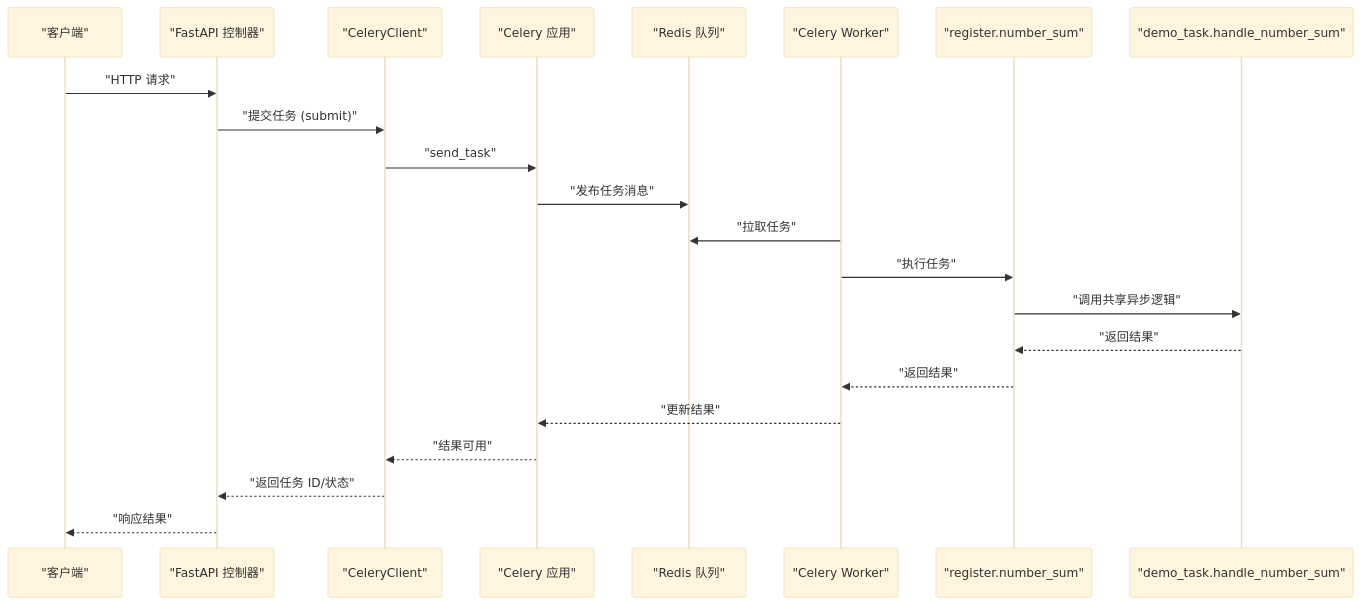
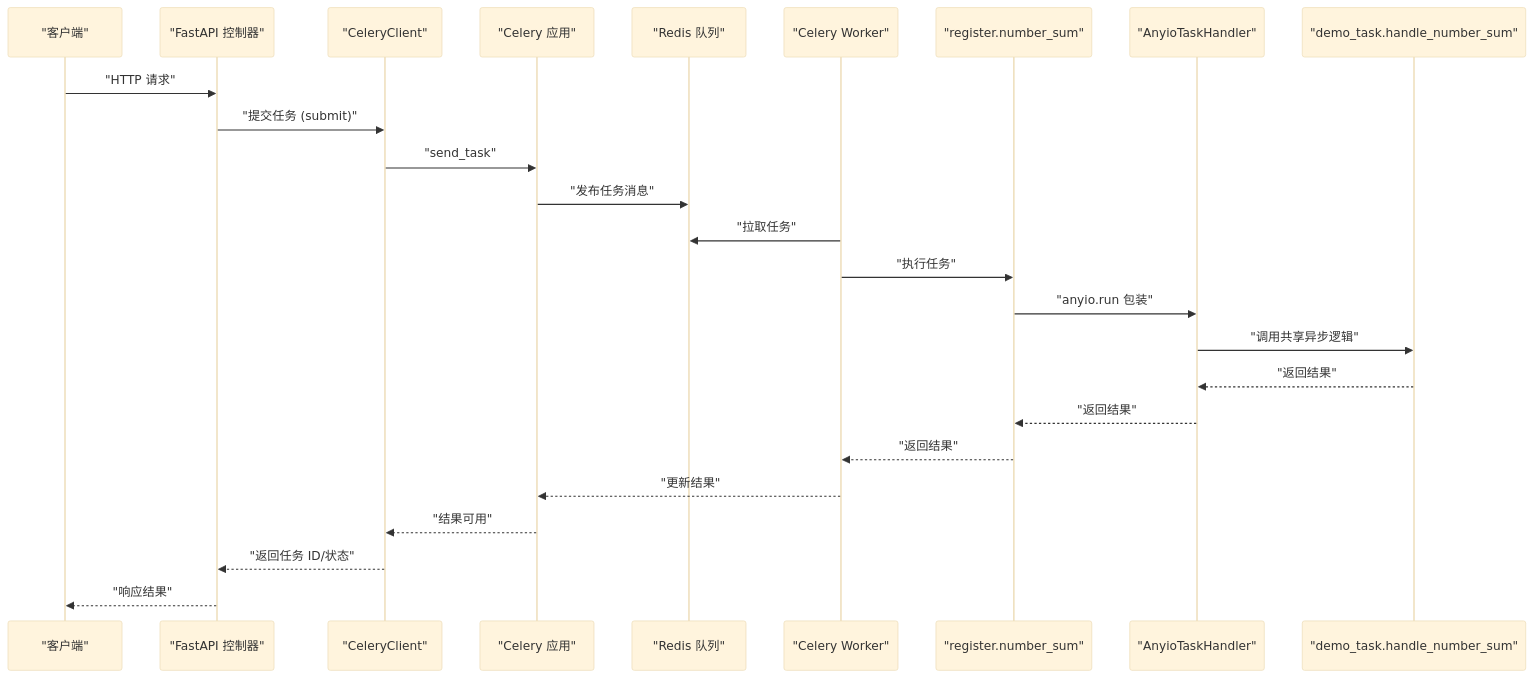
One commit to lilinzezzzzzz/fastapi-backend changed the second of 9 diagrams in .qoder/repowiki/zh/content/任务调度系统/任务调度系统.md. Above: the diagram before and after it, drawn with Mermaid (base theme). The commit also changed other lines of this file and 38 other files, not shown here.

````diff
--- a/.qoder/repowiki/zh/content/任务调度系统/任务调度系统.md
+++ b/.qoder/repowiki/zh/content/任务调度系统/任务调度系统.md
@@ -113,24 +142,27 @@
 ```mermaid
 sequenceDiagram
 participant Client as "客户端"
 participant API as "FastAPI 控制器"
 participant CeleryClient as "CeleryClient"
 participant CeleryApp as "Celery 应用"
 participant Queue as "Redis 队列"
 participant Worker as "Celery Worker"
 participant Task as "register.number_sum"
+participant AnyioMgr as "AnyioTaskHandler"
 participant Impl as "demo_task.handle_number_sum"
 Client->>API : "HTTP 请求"
 API->>CeleryClient : "提交任务 (submit)"
 CeleryClient->>CeleryApp : "send_task"
 CeleryApp->>Queue : "发布任务消息"
 Worker->>Queue : "拉取任务"
 Worker->>Task : "执行任务"
-Task->>Impl : "调用共享异步逻辑"
-Impl-->>Task : "返回结果"
+Task->>AnyioMgr : "anyio.run 包装"
+AnyioMgr->>Impl : "调用共享异步逻辑"
+Impl-->>AnyioMgr : "返回结果"
+AnyioMgr-->>Task : "返回结果"
 Task-->>Worker : "返回结果"
 Worker-->>CeleryApp : "更新结果"
 CeleryApp-->>CeleryClient : "结果可用"
 CeleryClient-->>API : "返回任务 ID/状态"
 API-->>Client : "响应结果"
 ```
````
